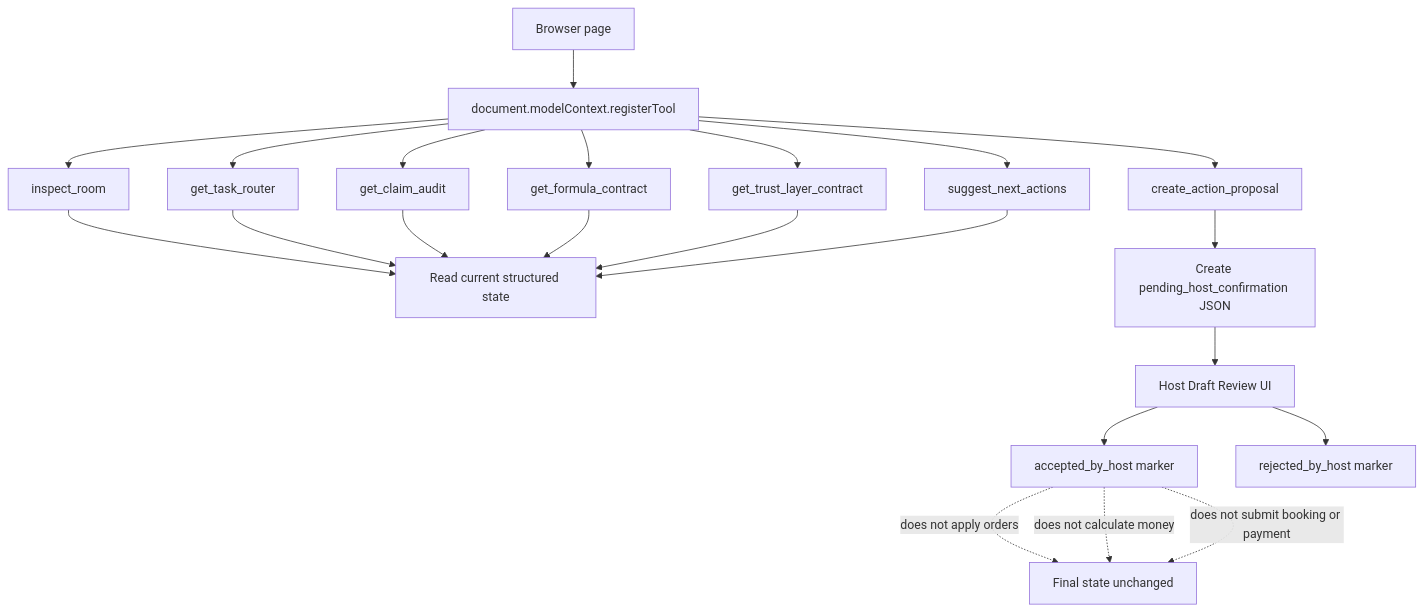
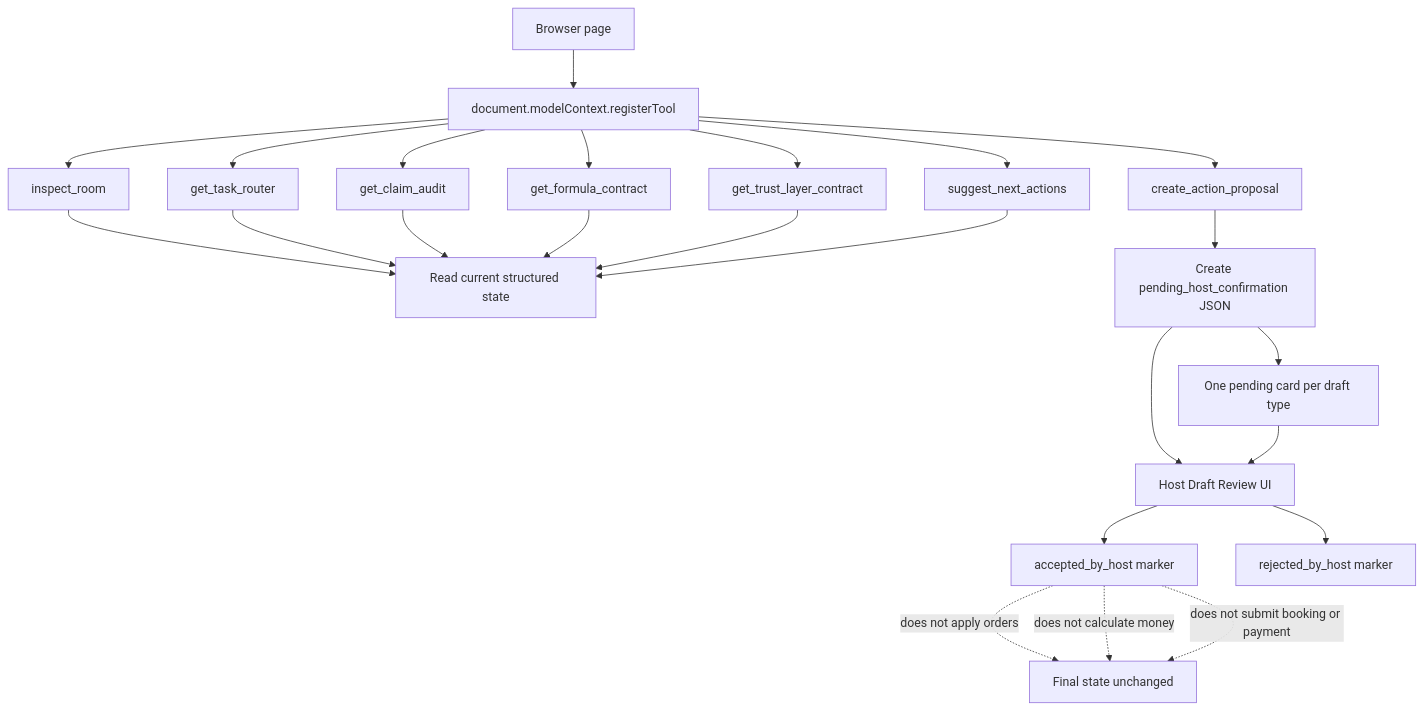
Before and after one commit to jiarong0423/shared-room-mcp: the fourth of 7 diagrams in docs/ai-generated/2026Q3/shared_room_mermaid_module_design_20260831.md, drawn with Mermaid. The commit also changed other lines of this file and 11 other files, not shown here.

````diff
--- a/docs/ai-generated/2026Q3/shared_room_mermaid_module_design_20260831.md
+++ b/docs/ai-generated/2026Q3/shared_room_mermaid_module_design_20260831.md
@@ -116,27 +116,29 @@
 ```mermaid
 flowchart TD
   B[Browser page] --> MC[document.modelContext.registerTool]
   MC --> IR[inspect_room]
   MC --> RT[get_task_router]
   MC --> GA[get_claim_audit]
   MC --> GF[get_formula_contract]
   MC --> GT[get_trust_layer_contract]
   MC --> SN[suggest_next_actions]
   MC --> CP[create_action_proposal]
 
   IR --> READ[Read current structured state]
   RT --> READ
   GA --> READ
   GF --> READ
   GT --> READ
   SN --> READ
 
   CP --> DRAFT[Create pending_host_confirmation JSON]
+  DRAFT --> DEDUPE[One pending card per draft type]
   DRAFT --> HOST[Host Draft Review UI]
+  DEDUPE --> HOST
   HOST --> ACCEPT[accepted_by_host marker]
   HOST --> REJECT[rejected_by_host marker]
 
   ACCEPT -. does not apply orders .-> SAFE[Final state unchanged]
   ACCEPT -. does not calculate money .-> SAFE
   ACCEPT -. does not submit booking or payment .-> SAFE
 ```
````
